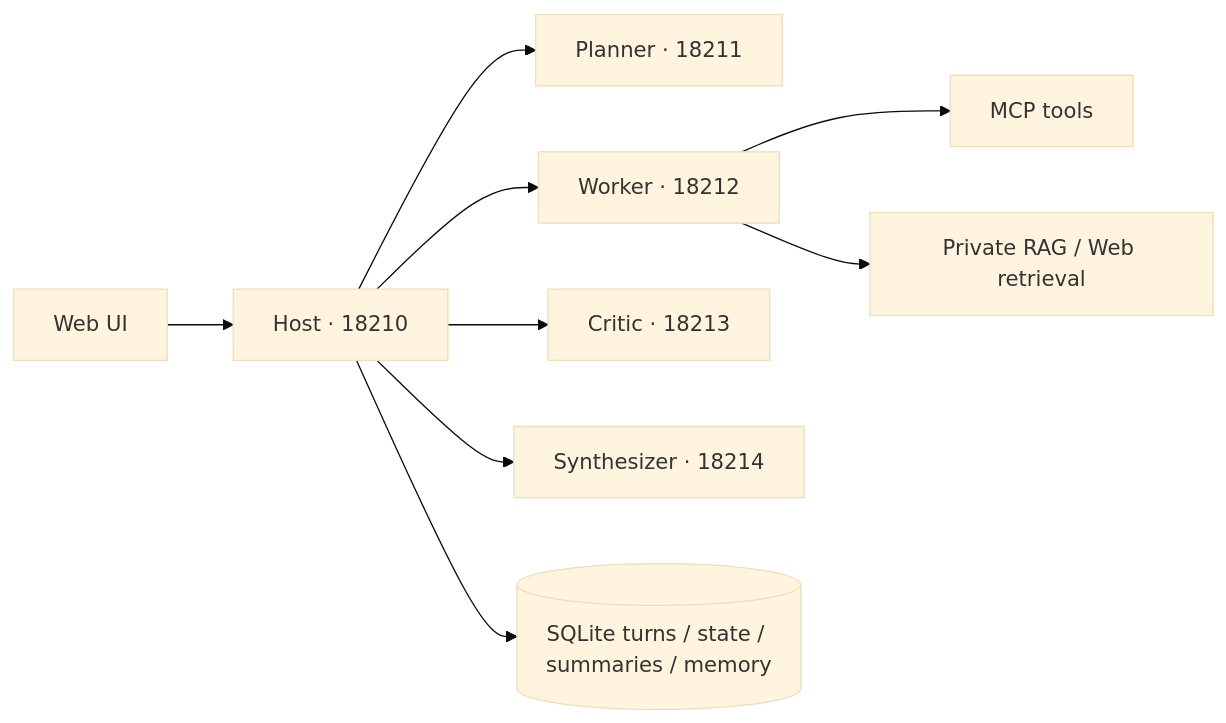
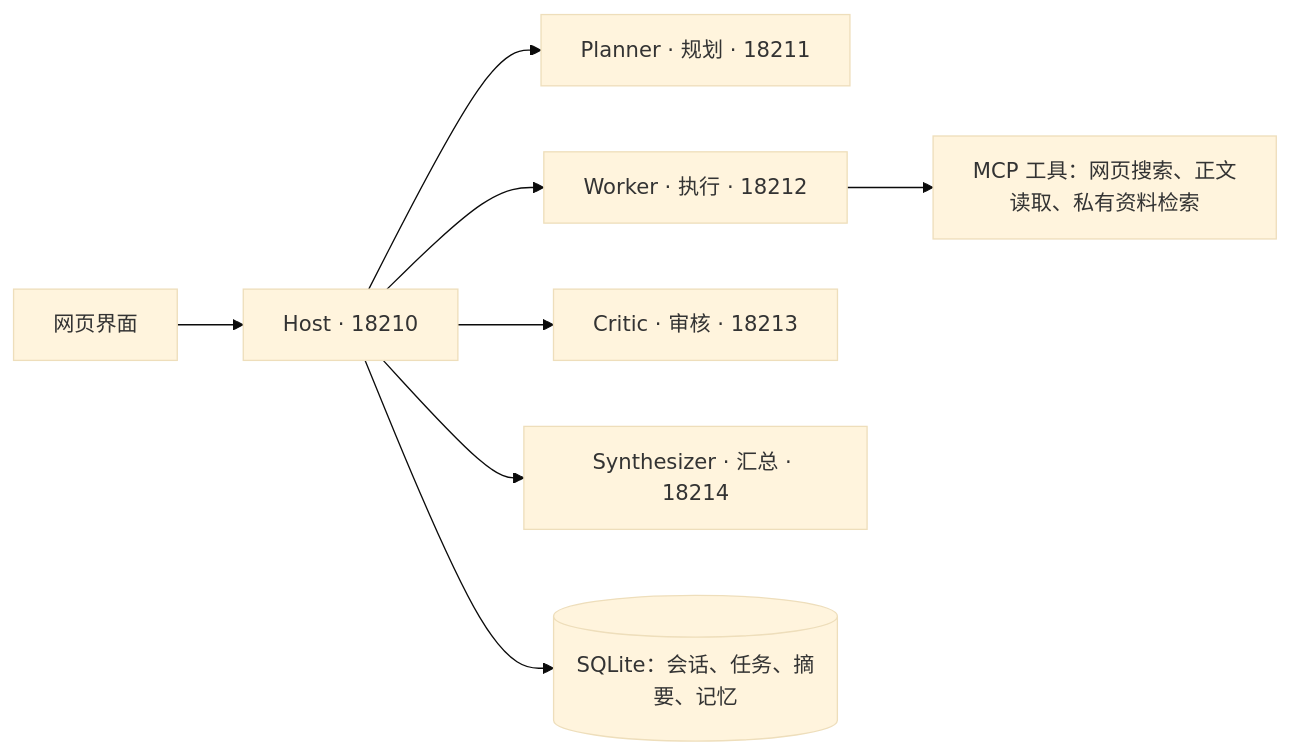
The diagram in README.md (sxxaysq/NEWAgentGPT), drawn with Mermaid (base theme) before and after one commit. The commit also changed other lines of this file, not shown here.

````diff
--- a/README.md
+++ b/README.md
@@ -7,11 +11,10 @@
 ```mermaid
 flowchart LR
-    UI[Web UI] --> H[Host · 18210]
-    H --> P[Planner · 18211]
-    H --> W[Worker · 18212]
-    H --> C[Critic · 18213]
-    H --> S[Synthesizer · 18214]
-    W --> T[MCP tools]
-    H --> DB[(SQLite turns / state / summaries / memory)]
-    W --> R[Private RAG / Web retrieval]
+    UI[网页界面] --> H[Host · 18210]
+    H --> P[Planner · 规划 · 18211]
+    H --> W[Worker · 执行 · 18212]
+    H --> C[Critic · 审核 · 18213]
+    H --> S[Synthesizer · 汇总 · 18214]
+    W --> T[MCP 工具：网页搜索、正文读取、私有资料检索]
+    H --> DB[(SQLite：会话、任务、摘要、记忆)]
 ```
````
